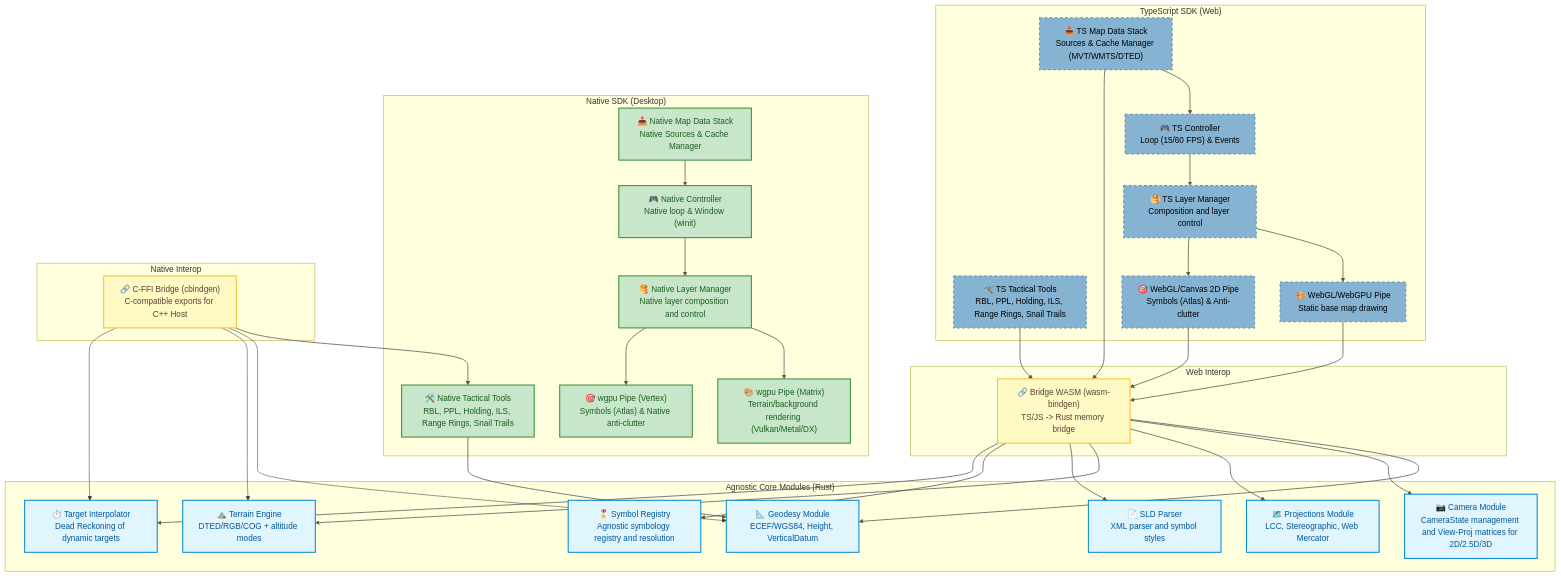
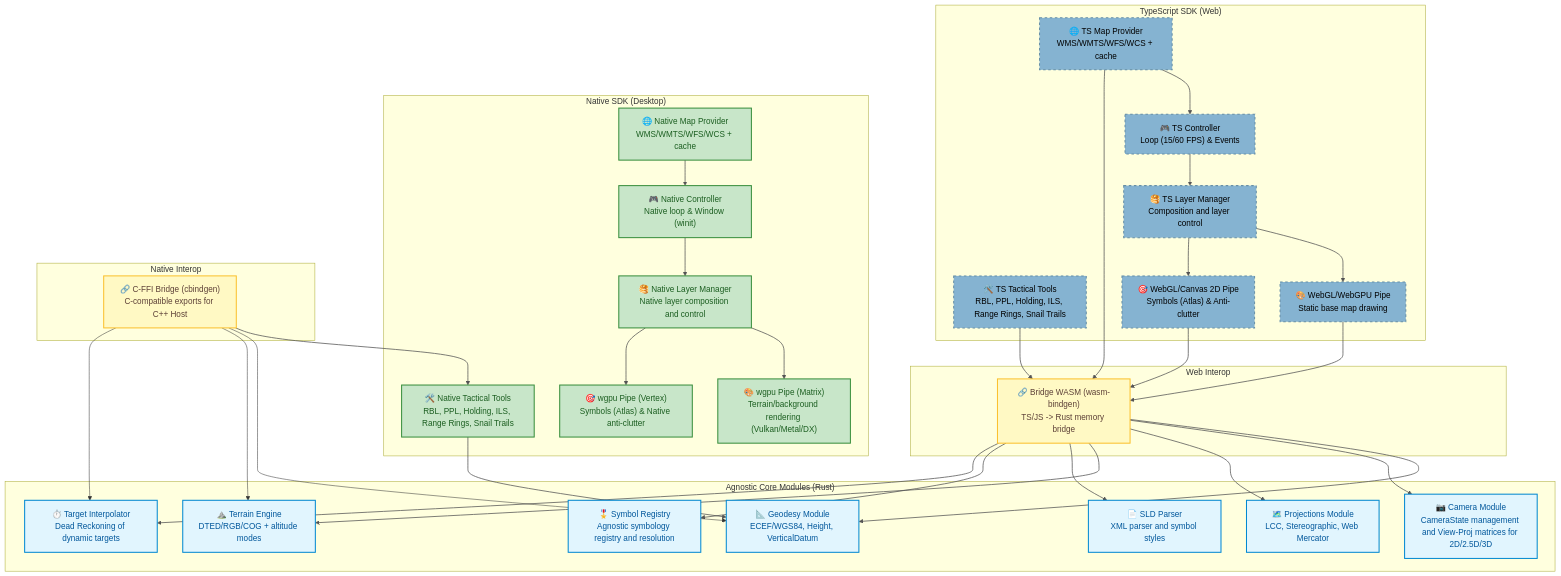
The third of 5 diagrams in docs/arch.md (rodoni/olayer), drawn with Mermaid before and after one commit. The commit also changed other lines of this file and 45 other files, not shown here.

Commit message:
feat(map): add shared OGC map provider core

````diff
--- a/docs/arch.md
+++ b/docs/arch.md
@@ -129,76 +138,76 @@
 ```mermaid
 graph TB
     classDef component fill:#85B3D1,stroke:#668fa7,color:#000000,stroke-dasharray: 5 5,stroke-width:2px;
     classDef coreComponent fill:#E1F5FE,stroke:#0288D1,color:#01579B,stroke-width:2px;
     classDef wasmBridge fill:#FFF9C4,stroke:#FBC02D,color:#5D4037,stroke-width:2px;
     classDef nativeComponent fill:#C8E6C9,stroke:#388E3C,color:#1B5E20,stroke-width:2px;
 
     subgraph TS_SDK_Comp ["TypeScript SDK (Web)"]
         ts_controller["🎮 TS Controller<br>Loop (15/60 FPS) & Events"]:::component
         ts_layer_manager["🥞 TS Layer Manager<br>Composition and layer control"]:::component
-        ts_map_data_stack["📥 TS Map Data Stack<br>Sources & Cache Manager (MVT/WMTS/DTED)"]:::component
+        ts_map_data_stack["🌐 TS Map Provider<br>WMS/WMTS/WFS/WCS + cache"]:::component
         ts_tools["🛠️ TS Tactical Tools<br>RBL, PPL, Holding, ILS, Range Rings, Snail Trails"]:::component
         ts_gpu_pipe["🎨 WebGL/WebGPU Pipe<br>Static base map drawing"]:::component
         ts_cpu_pipe["🎯 WebGL/Canvas 2D Pipe<br>Symbols (Atlas) & Anti-clutter"]:::component
     end
     
     subgraph WASM_Bridge_Comp ["Web Interop"]
         wasm_bridge["🔗 Bridge WASM (wasm-bindgen)<br>TS/JS -> Rust memory bridge"]:::wasmBridge
     end
 
     subgraph Native_SDK_Comp ["Native SDK (Desktop)"]
         native_controller["🎮 Native Controller<br>Native loop & Window (winit)"]:::nativeComponent
         native_layer_manager["🥞 Native Layer Manager<br>Native layer composition and control"]:::nativeComponent
-        native_map_data_stack["📥 Native Map Data Stack<br>Native Sources & Cache Manager"]:::nativeComponent
+        map_provider_native["🌐 Native Map Provider<br>WMS/WMTS/WFS/WCS + cache"]:::nativeComponent
         native_tools["🛠️ Native Tactical Tools<br>RBL, PPL, Holding, ILS, Range Rings, Snail Trails"]:::nativeComponent
         native_gpu_pipe["🎨 wgpu Pipe (Matrix)<br>Terrain/background rendering (Vulkan/Metal/DX)"]:::nativeComponent
         native_cpu_pipe["🎯 wgpu Pipe (Vertex)<br>Symbols (Atlas) & Native anti-clutter"]:::nativeComponent
     end
 
     subgraph FFI_Bridge_Comp ["Native Interop"]
         ffi_bridge["🔗 C-FFI Bridge (cbindgen)<br>C-compatible exports for C++ Host"]:::wasmBridge
     end
 
     subgraph Rust_Core_Comp ["Agnostic Core Modules (Rust)"]
         geodesy["📐 Geodesy Module<br>ECEF/WGS84, Height, VerticalDatum"]:::coreComponent
         camera["📷 Camera Module<br>CameraState management and View-Proj matrices for 2D/2.5D/3D"]:::coreComponent
         projections["🗺️ Projections Module<br>LCC, Stereographic, Web Mercator"]:::coreComponent
         terrain["⛰️ Terrain Engine<br>DTED/RGB/COG + altitude modes"]:::coreComponent
         sld_parser["📄 SLD Parser<br>XML parser and symbol styles"]:::coreComponent
         symbol_registry["🎖️ Symbol Registry<br>Agnostic symbology registry and resolution"]:::coreComponent
         interpolator["⏱️ Target Interpolator<br>Dead Reckoning of dynamic targets"]:::coreComponent
     end
 
     %% TS SDK Relationships
     ts_controller --> ts_layer_manager
     ts_layer_manager --> ts_gpu_pipe
     ts_layer_manager --> ts_cpu_pipe
     ts_map_data_stack --> ts_controller
     ts_map_data_stack --> wasm_bridge
     ts_tools --> wasm_bridge
     ts_gpu_pipe --> wasm_bridge
     ts_cpu_pipe --> wasm_bridge
 
     %% Native SDK Relationships
     native_controller --> native_layer_manager
     native_layer_manager --> native_gpu_pipe
     native_layer_manager --> native_cpu_pipe
-    native_map_data_stack --> native_controller
+        map_provider_native --> native_controller
     native_tools --> geodesy
     ffi_bridge --> native_tools
 
     %% Core Connections
     wasm_bridge --> geodesy
     wasm_bridge --> camera
     wasm_bridge --> projections
     wasm_bridge --> terrain
     wasm_bridge --> sld_parser
     wasm_bridge --> symbol_registry
     wasm_bridge --> interpolator
     
     ffi_bridge --> geodesy
     ffi_bridge --> terrain
     ffi_bridge --> interpolator
 
     linkStyle 0,1,2,3,4,5,6,7,8,9,10,11,12,13,14,15,16,17,18,19,20 stroke:#555,stroke-width:1.5px;
 ```
````
